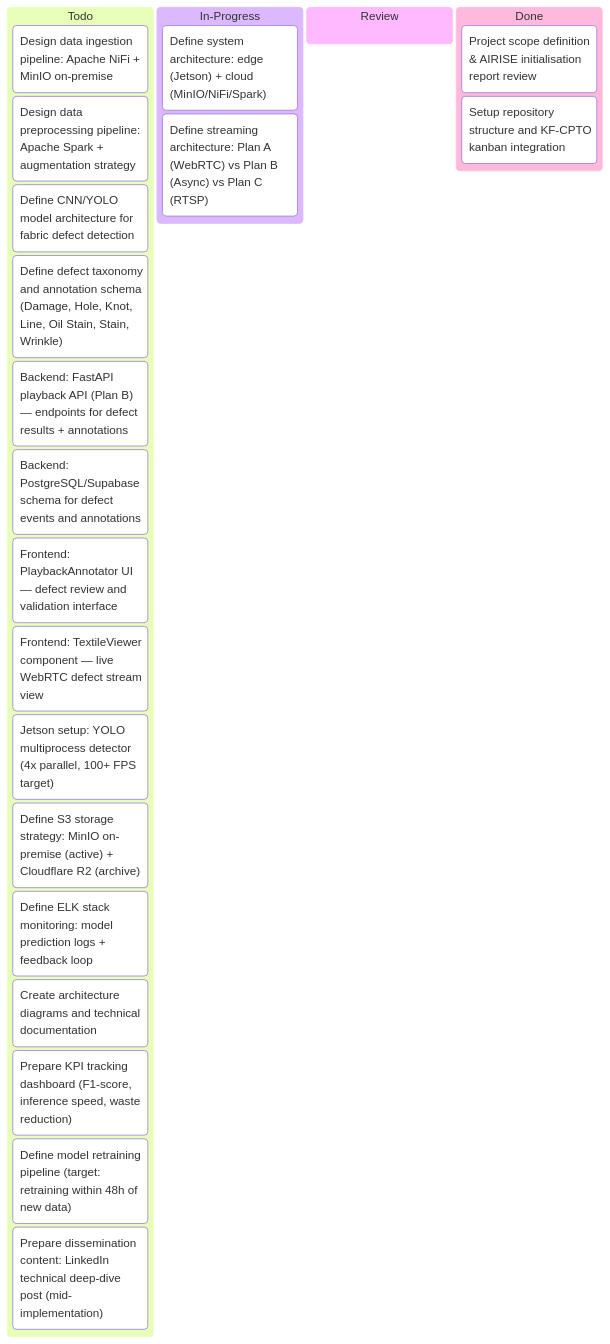
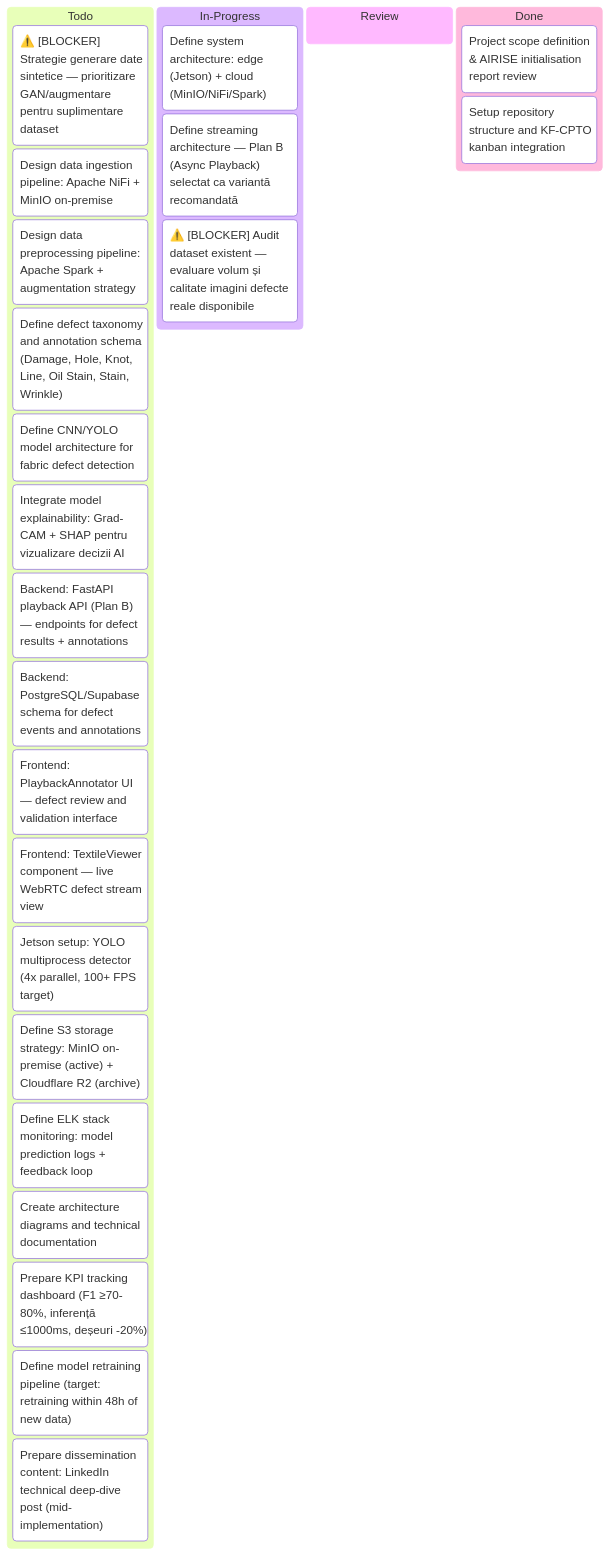
One commit to Katty-Fashion/kf-cpto changed the first of 3 diagrams in docs/_projects/AIRise-ai-fabric-inspection.md. Above: the diagram before and after it, drawn with Mermaid. The commit also changed other lines of this file and 10 other files, not shown here.

````diff
--- a/docs/_projects/AIRise-ai-fabric-inspection.md
+++ b/docs/_projects/AIRise-ai-fabric-inspection.md
@@ -34,26 +34,29 @@
 ```mermaid
 kanban
   Todo
-    t5["Design data ingestion pipeline: Apache NiFi + MinIO on-premise"]
-    t6["Design data preprocessing pipeline: Apache Spark + augmentation strategy"]
-    t7["Define CNN/YOLO model architecture for fabric defect detection"]
-    t8["Define defect taxonomy and annotation schema (Damage, Hole, Knot, Line, Oil Stain, Stain, Wrinkle)"]
-    t9["Backend: FastAPI playback API (Plan B) — endpoints for defect results + annotations"]
-    t10["Backend: PostgreSQL/Supabase schema for defect events and annotations"]
-    t11["Frontend: PlaybackAnnotator UI — defect review and validation interface"]
-    t12["Frontend: TextileViewer component — live WebRTC defect stream view"]
-    t13["Jetson setup: YOLO multiprocess detector (4x parallel, 100+ FPS target)"]
-    t14["Define S3 storage strategy: MinIO on-premise (active) + Cloudflare R2 (archive)"]
-    t15["Define ELK stack monitoring: model prediction logs + feedback loop"]
-    t16["Create architecture diagrams and technical documentation"]
-    t17["Prepare KPI tracking dashboard (F1-score, inference speed, waste reduction)"]
-    t18["Define model retraining pipeline (target: retraining within 48h of new data)"]
-    t19["Prepare dissemination content: LinkedIn technical deep-dive post (mid-implementation)"]
+    t6["⚠️ [BLOCKER] Strategie generare date sintetice — prioritizare GAN/augmentare pentru suplimentare dataset"]
+    t7["Design data ingestion pipeline: Apache NiFi + MinIO on-premise"]
+    t8["Design data preprocessing pipeline: Apache Spark + augmentation strategy"]
+    t9["Define defect taxonomy and annotation schema (Damage, Hole, Knot, Line, Oil Stain, Stain, Wrinkle)"]
+    t10["Define CNN/YOLO model architecture for fabric defect detection"]
+    t11["Integrate model explainability: Grad-CAM + SHAP pentru vizualizare decizii AI"]
+    t12["Backend: FastAPI playback API (Plan B) — endpoints for defect results + annotations"]
+    t13["Backend: PostgreSQL/Supabase schema for defect events and annotations"]
+    t14["Frontend: PlaybackAnnotator UI — defect review and validation interface"]
+    t15["Frontend: TextileViewer component — live WebRTC defect stream view"]
+    t16["Jetson setup: YOLO multiprocess detector (4x parallel, 100+ FPS target)"]
+    t17["Define S3 storage strategy: MinIO on-premise (active) + Cloudflare R2 (archive)"]
+    t18["Define ELK stack monitoring: model prediction logs + feedback loop"]
+    t19["Create architecture diagrams and technical documentation"]
+    t20["Prepare KPI tracking dashboard (F1 ≥70-80%, inferență ≤1000ms, deșeuri -20%)"]
+    t21["Define model retraining pipeline (target: retraining within 48h of new data)"]
+    t22["Prepare dissemination content: LinkedIn technical deep-dive post (mid-implementation)"]
   In-Progress
-    t2["Define system architecture: edge (Jetson) + cloud (MinIO/NiFi/Spark)"]
-    t4["Define streaming architecture: Plan A (WebRTC) vs Plan B (Async) vs Plan C (RTSP)"]
+    t3["Define system architecture: edge (Jetson) + cloud (MinIO/NiFi/Spark)"]
+    t4["Define streaming architecture — Plan B (Async Playback) selectat ca variantă recomandată"]
+    t5["⚠️ [BLOCKER] Audit dataset existent — evaluare volum și calitate imagini defecte reale disponibile"]
   Review
   Done
     t1["Project scope definition & AIRISE initialisation report review"]
-    t3["Setup repository structure and KF-CPTO kanban integration"]
+    t2["Setup repository structure and KF-CPTO kanban integration"]
 ```
````
